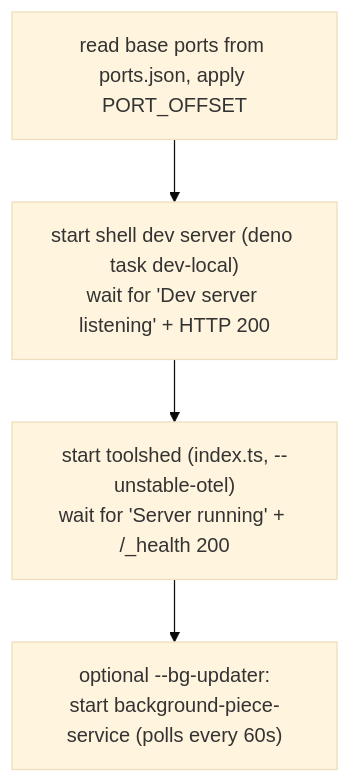
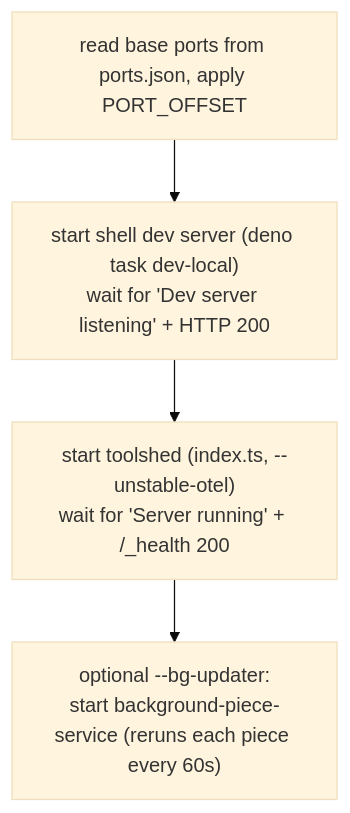
One commit to commontoolsinc/labs changed the fourth of 5 diagrams in docs/development/orientation/tooling-and-patterns.md. Above: the diagram before and after it, drawn with Mermaid (base theme). The commit also changed 7 other files, not shown here.

First line of the commit message:
docs(orientation): correct flow diagrams and interpretive claims

````diff
--- a/docs/development/orientation/tooling-and-patterns.md
+++ b/docs/development/orientation/tooling-and-patterns.md
@@ -98,9 +98,9 @@
 ```mermaid
 flowchart TB
     ports["read base ports from ports.json, apply PORT_OFFSET"]
     shell["start shell dev server (deno task dev-local)<br/>wait for 'Dev server listening' + HTTP 200"]
     toolshed["start toolshed (index.ts, --unstable-otel)<br/>wait for 'Server running' + /_health 200"]
-    bg["optional --bg-updater:<br/>start background-piece-service (polls every 60s)"]
+    bg["optional --bg-updater:<br/>start background-piece-service (reruns each piece every 60s)"]
 
     ports --> shell --> toolshed --> bg
 ```
````
